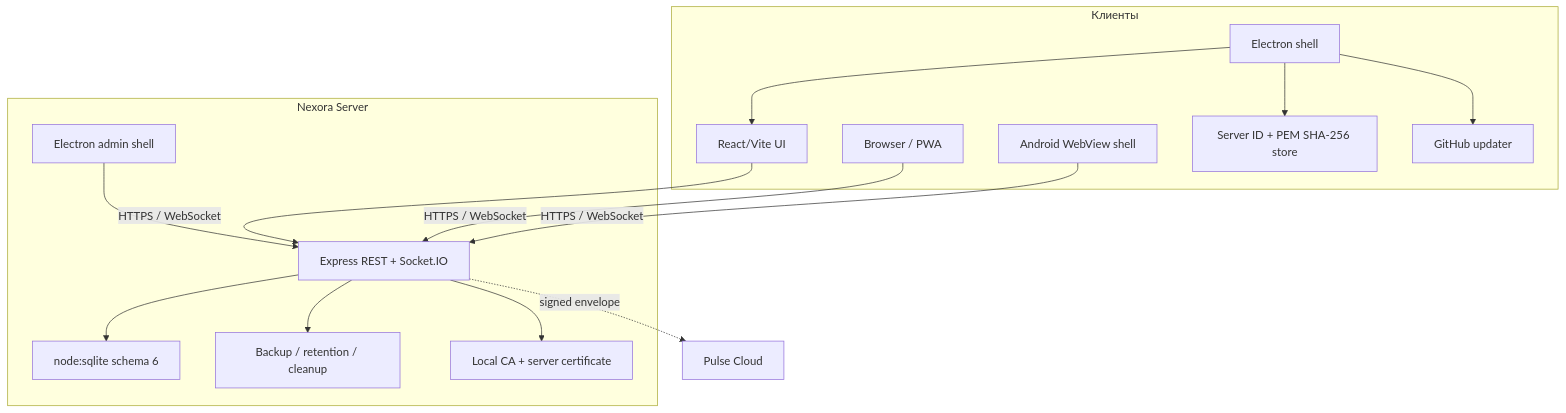
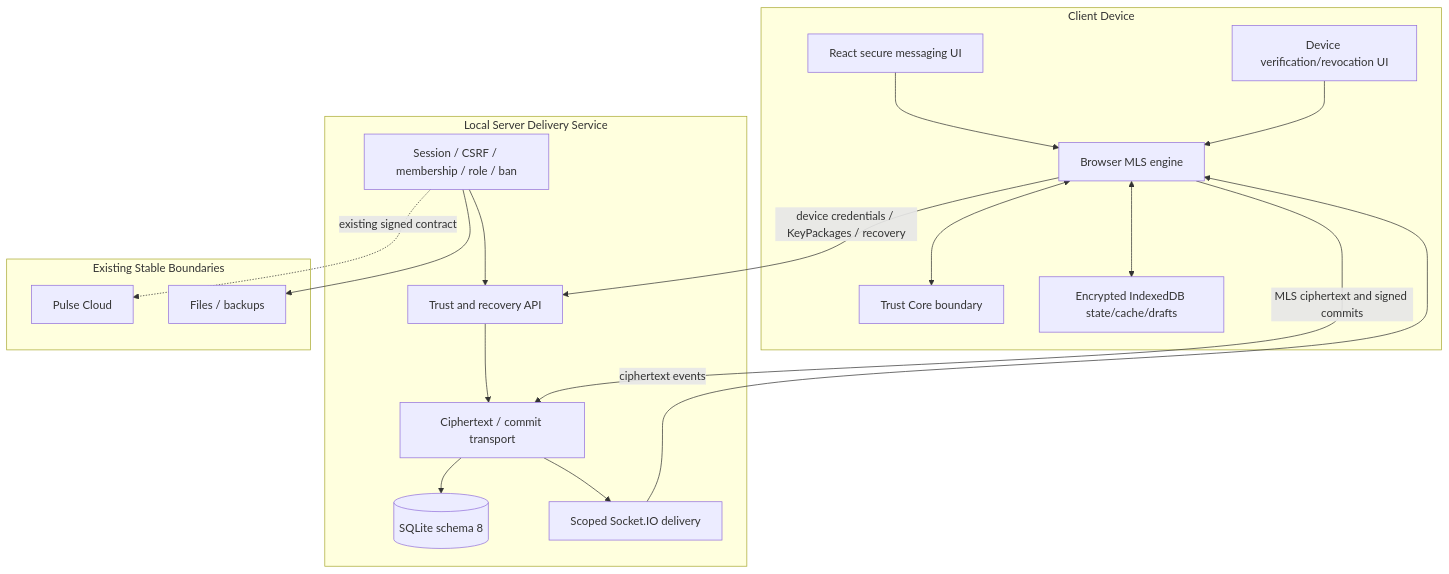
The diagram in docs/ARCHITECTURE.md (Onmaynec/Nexora), drawn with Mermaid before and after one commit. The commit also changed other lines of this file, not shown here.

Commit message:
docs: describe 3.2.0 MLS branch architecture

````diff
--- a/docs/ARCHITECTURE.md
+++ b/docs/ARCHITECTURE.md
@@ -5,29 +7,37 @@
 ```mermaid
 flowchart TB
-  subgraph Клиенты
-    ES[Electron shell]
-    UI[React/Vite UI]
-    PWA[Browser / PWA]
-    AND[Android WebView shell]
-    PIN[Server ID + PEM SHA-256 store]
-    UP[GitHub updater]
-    ES --> UI
-    ES --> PIN
-    ES --> UP
+  subgraph Client Device
+    UI[React secure messaging UI]
+    ENG[Browser MLS engine]
+    TC[Trust Core boundary]
+    ESTORE[Encrypted IndexedDB state/cache/drafts]
+    DEV[Device verification/revocation UI]
+    UI --> ENG
+    DEV --> ENG
+    ENG <--> TC
+    ENG <--> ESTORE
   end
-  subgraph Nexora Server
-    AS[Electron admin shell]
-    API[Express REST + Socket.IO]
-    STORE[node:sqlite schema 6]
-    MAINT[Backup / retention / cleanup]
-    CERT[Local CA + server certificate]
-    AS --> API
-    API --> STORE
-    API --> MAINT
-    API --> CERT
+
+  subgraph Local Server Delivery Service
+    AUTH[Session / CSRF / membership / role / ban]
+    ROUTES[Trust and recovery API]
+    MLS[Ciphertext / commit transport]
+    S8[(SQLite schema 8)]
+    RT[Scoped Socket.IO delivery]
+    AUTH --> ROUTES
+    ROUTES --> MLS
+    MLS --> S8
+    MLS --> RT
   end
-  UI -->|HTTPS / WebSocket| API
-  PWA -->|HTTPS / WebSocket| API
-  AND -->|HTTPS / WebSocket| API
-  API -. signed envelope .-> CLOUD[Pulse Cloud]
+
+  subgraph Existing Stable Boundaries
+    PULSE[Pulse Cloud]
+    FILES[Files / backups]
+  end
+
+  ENG -->|device credentials / KeyPackages / recovery| ROUTES
+  ENG -->|MLS ciphertext and signed commits| MLS
+  RT -->|ciphertext events| ENG
+  AUTH -. existing signed contract .-> PULSE
+  AUTH --> FILES
 ```
````
